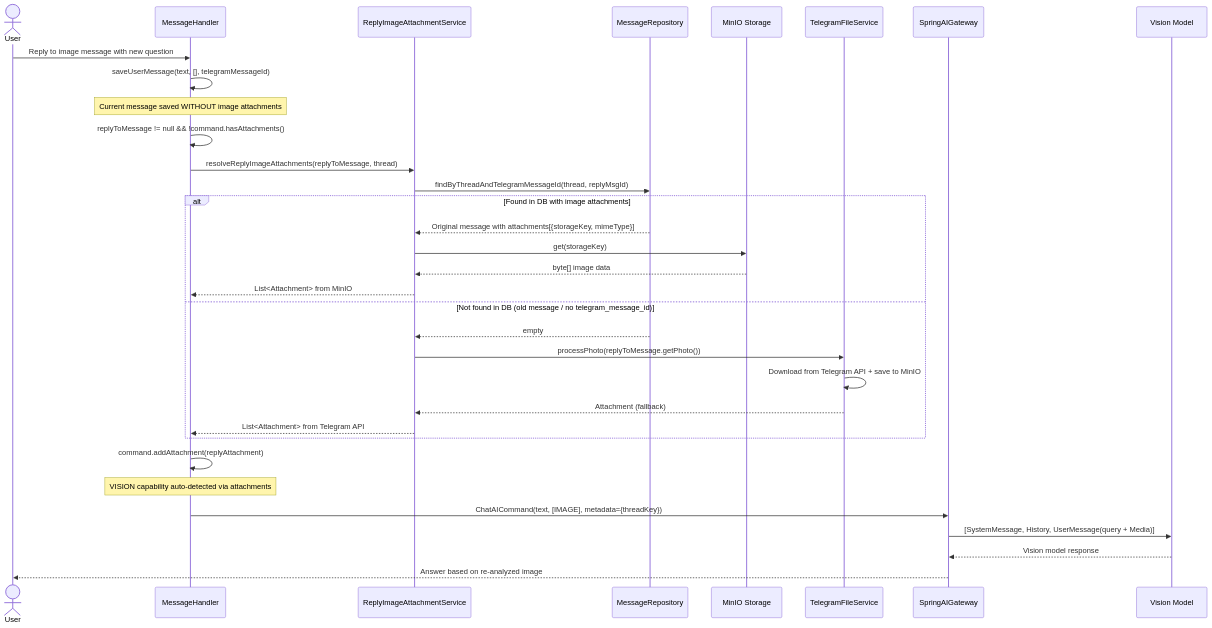
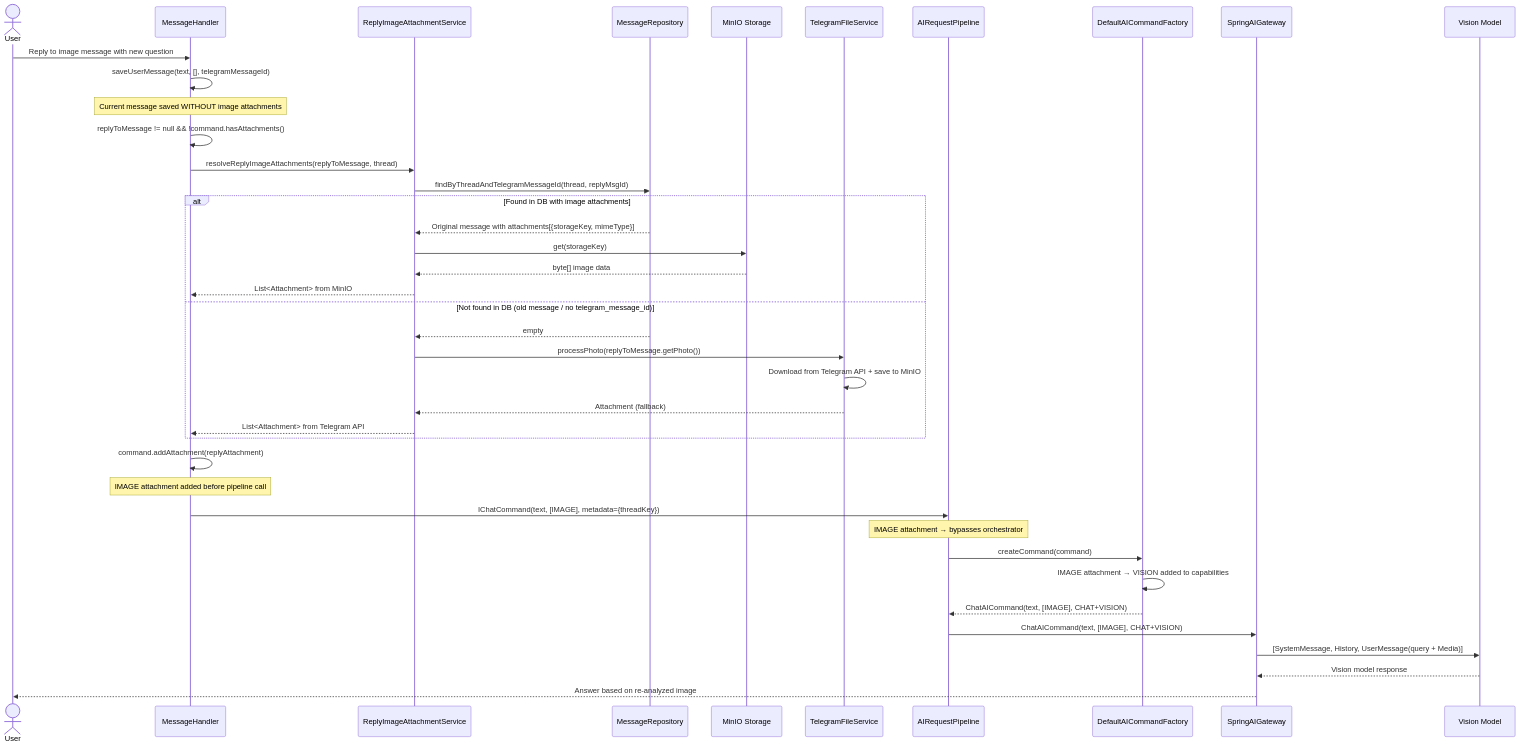
The second of 3 diagrams in docs/usecases/image-vision-direct.md (NGirchev/open-daimon), drawn with Mermaid before and after one commit. The commit also changed other lines of this file and 13 other files, not shown here.

````diff
--- a/docs/usecases/image-vision-direct.md
+++ b/docs/usecases/image-vision-direct.md
@@ -68,42 +73,51 @@
 ```mermaid
 sequenceDiagram
     actor User
     participant Handler as MessageHandler
     participant RIAS as ReplyImageAttachmentService
     participant Repo as MessageRepository
     participant MinIO as MinIO Storage
     participant TG as TelegramFileService
+    participant PL as AIRequestPipeline
+    participant CF as DefaultAICommandFactory
     participant GW as SpringAIGateway
     participant LLM as Vision Model
 
     User->>Handler: Reply to image message with new question
 
     Handler->>Handler: saveUserMessage(text, [], telegramMessageId)
     Note over Handler: Current message saved WITHOUT image attachments
 
     Handler->>Handler: replyToMessage != null && !command.hasAttachments()
 
     Handler->>RIAS: resolveReplyImageAttachments(replyToMessage, thread)
 
     RIAS->>Repo: findByThreadAndTelegramMessageId(thread, replyMsgId)
     alt Found in DB with image attachments
         Repo-->>RIAS: Original message with attachments[{storageKey, mimeType}]
         RIAS->>MinIO: get(storageKey)
         MinIO-->>RIAS: byte[] image data
         RIAS-->>Handler: List<Attachment> from MinIO
     else Not found in DB (old message / no telegram_message_id)
         Repo-->>RIAS: empty
         RIAS->>TG: processPhoto(replyToMessage.getPhoto())
         TG->>TG: Download from Telegram API + save to MinIO
         TG-->>RIAS: Attachment (fallback)
         RIAS-->>Handler: List<Attachment> from Telegram API
     end
 
     Handler->>Handler: command.addAttachment(replyAttachment)
-    Note over Handler: VISION capability auto-detected via attachments
+    Note over Handler: IMAGE attachment added before pipeline call
 
-    Handler->>GW: ChatAICommand(text, [IMAGE], metadata={threadKey})
+    Handler->>PL: IChatCommand(text, [IMAGE], metadata={threadKey})
+
+    Note over PL: IMAGE attachment → bypasses orchestrator
+    PL->>CF: createCommand(command)
+    CF->>CF: IMAGE attachment → VISION added to capabilities
+    CF-->>PL: ChatAICommand(text, [IMAGE], CHAT+VISION)
+
+    PL->>GW: ChatAICommand(text, [IMAGE], CHAT+VISION)
     GW->>LLM: [SystemMessage, History, UserMessage(query + Media)]
     LLM-->>GW: Vision model response
     GW-->>User: Answer based on re-analyzed image
 ```
````
